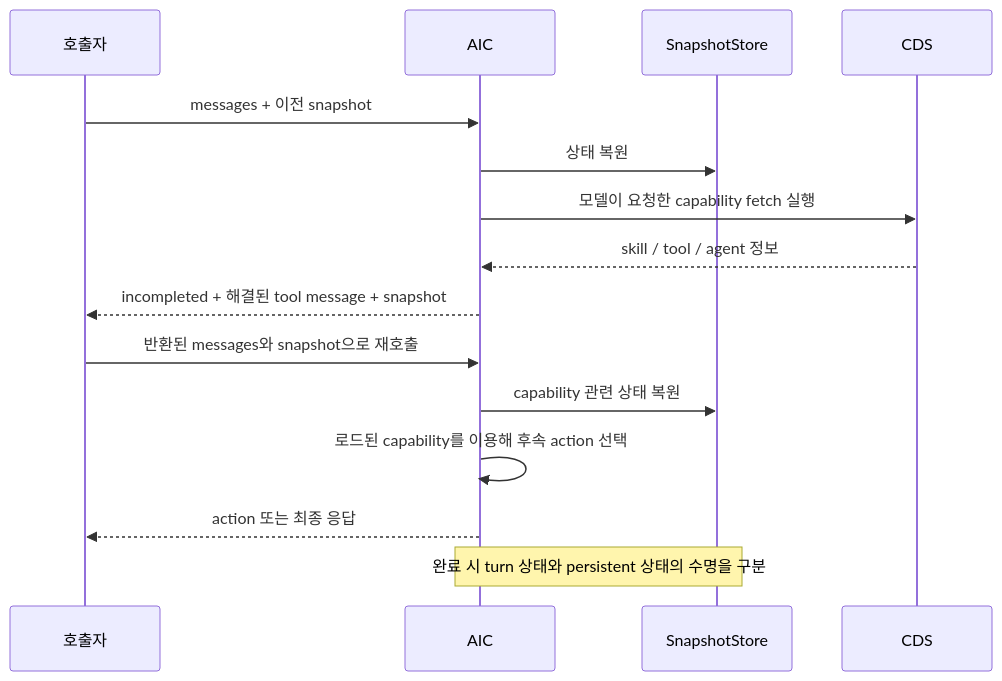
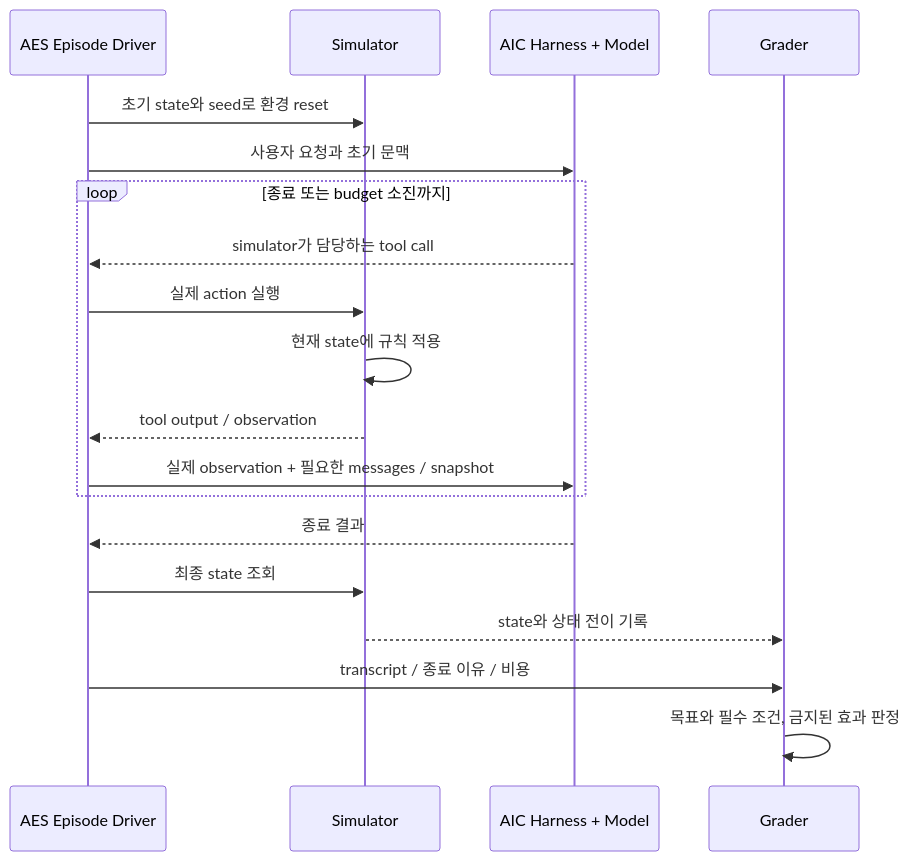
The tenth of 12 diagrams in docs/aic-evolution-and-evaluator.md (jwlee3746/jwlee3746.github.io), drawn with Mermaid before and after one commit. The commit also changed other lines of this file and 1 other file, not shown here.

Commit message:
docs: trace evaluation evolution toward hybrid AES

````diff
--- a/docs/aic-evolution-and-evaluator.md
+++ b/docs/aic-evolution-and-evaluator.md
@@ -289,17 +274,21 @@
 ```mermaid
 sequenceDiagram
-    participant C as 호출자
-    participant A as AIC
-    participant S as SnapshotStore
-    participant D as CDS
-    C->>A: messages + 이전 snapshot
-    A->>S: 상태 복원
-    A->>D: 모델이 요청한 capability fetch 실행
-    D-->>A: skill / tool / agent 정보
-    A-->>C: incompleted + 해결된 tool message + snapshot
-    C->>A: 반환된 messages와 snapshot으로 재호출
-    A->>S: capability 관련 상태 복원
-    A->>A: 로드된 capability를 이용해 후속 action 선택
-    A-->>C: action 또는 최종 응답
-    Note over A,S: 완료 시 turn 상태와 persistent 상태의 수명을 구분
+    participant D as AES Episode Driver
+    participant S as Simulator
+    participant A as AIC Harness + Model
+    participant G as Grader
+    D->>S: 초기 state와 seed로 환경 reset
+    D->>A: 사용자 요청과 초기 문맥
+    loop 종료 또는 budget 소진까지
+        A-->>D: simulator가 담당하는 tool call
+        D->>S: 실제 action 실행
+        S->>S: 현재 state에 규칙 적용
+        S-->>D: tool output / observation
+        D->>A: 실제 observation + 필요한 messages / snapshot
+    end
+    A-->>D: 종료 결과
+    D->>S: 최종 state 조회
+    S-->>G: state와 상태 전이 기록
+    D->>G: transcript / 종료 이유 / 비용
+    G->>G: 목표와 필수 조건, 금지된 효과 판정
 ```
````
